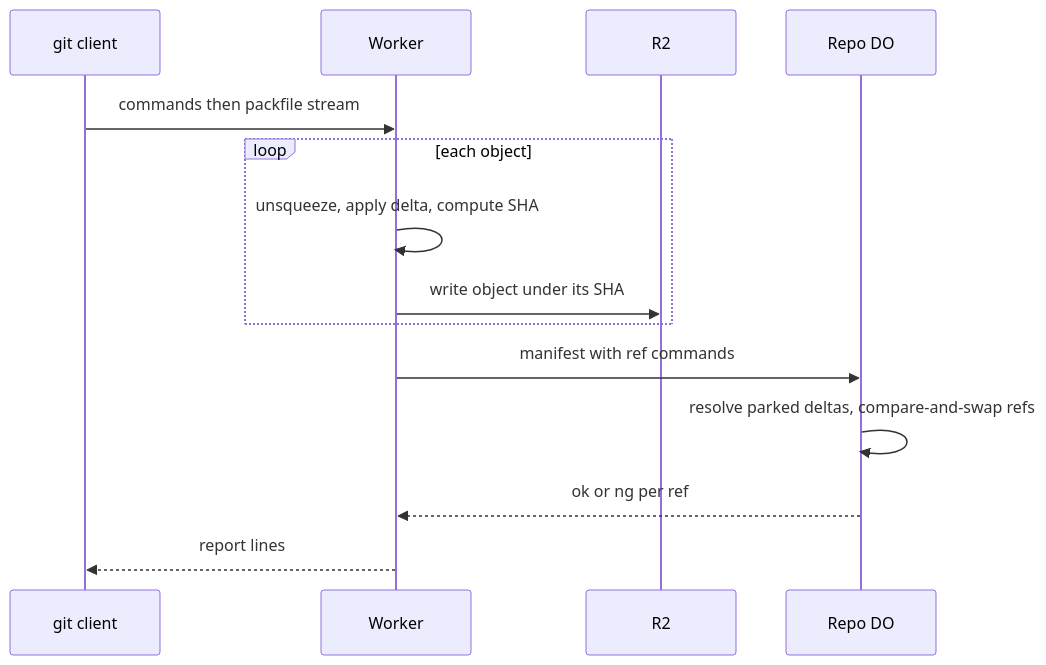
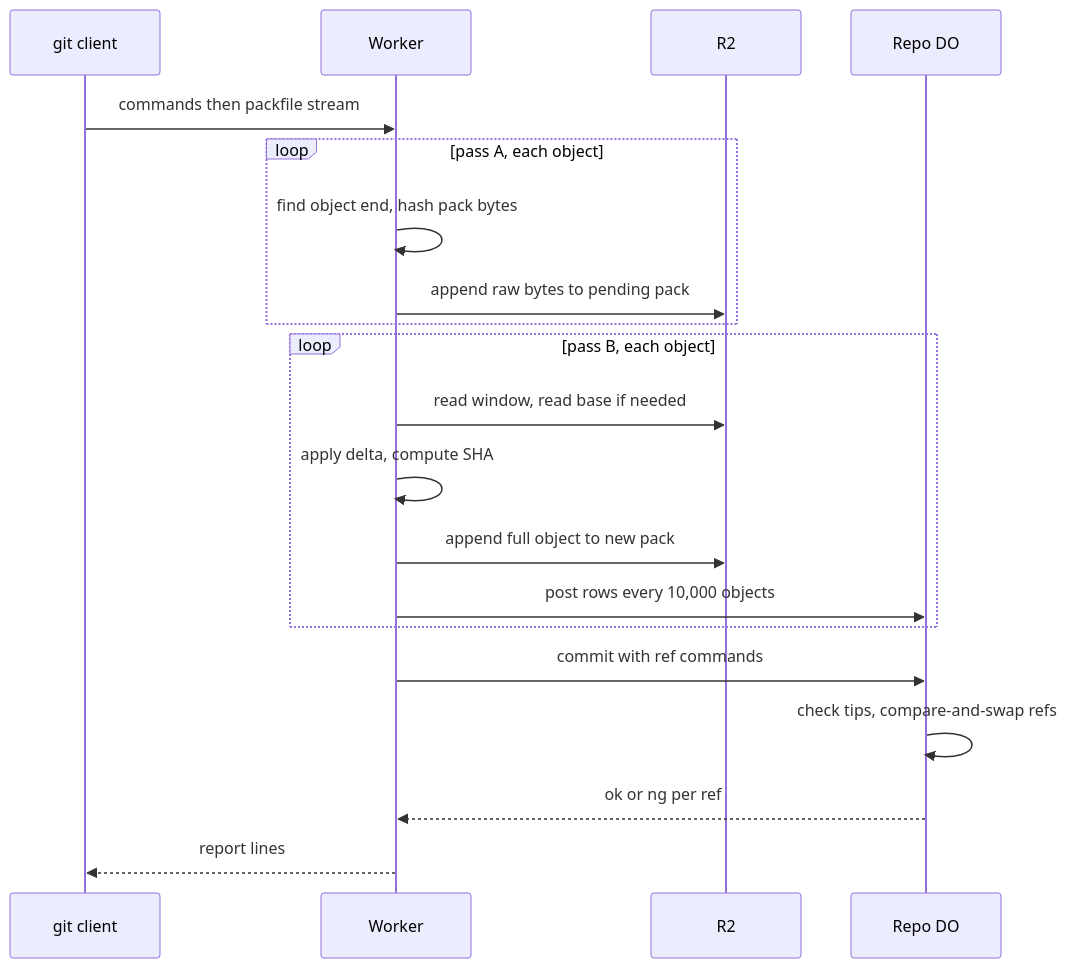
Before and after one commit to idl3/git-edge: the diagram in plain/streaming-pack-parser.md, drawn with Mermaid. The commit also changed other lines of this file and 47 other files, not shown here.

````diff
--- a/plain/streaming-pack-parser.md
+++ b/plain/streaming-pack-parser.md
@@ -34,16 +37,22 @@
 ```mermaid
 sequenceDiagram
     participant Client as git client
     participant Worker
     participant R2
     participant DO as Repo DO
     Client->>Worker: commands then packfile stream
-    loop each object
-        Worker->>Worker: unsqueeze, apply delta, compute SHA
-        Worker->>R2: write object under its SHA
+    loop pass A, each object
+        Worker->>Worker: find object end, hash pack bytes
+        Worker->>R2: append raw bytes to pending pack
     end
-    Worker->>DO: manifest with ref commands
-    DO->>DO: resolve parked deltas, compare-and-swap refs
+    loop pass B, each object
+        Worker->>R2: read window, read base if needed
+        Worker->>Worker: apply delta, compute SHA
+        Worker->>R2: append full object to new pack
+        Worker->>DO: post rows every 10,000 objects
+    end
+    Worker->>DO: commit with ref commands
+    DO->>DO: check tips, compare-and-swap refs
     DO-->>Worker: ok or ng per ref
     Worker-->>Client: report lines
 ```
````
